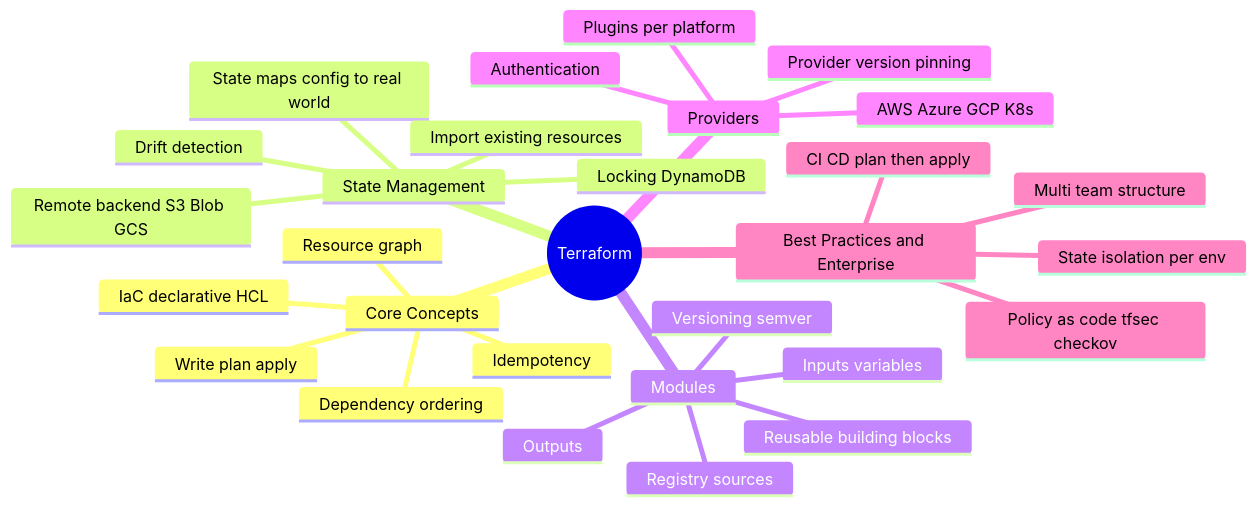
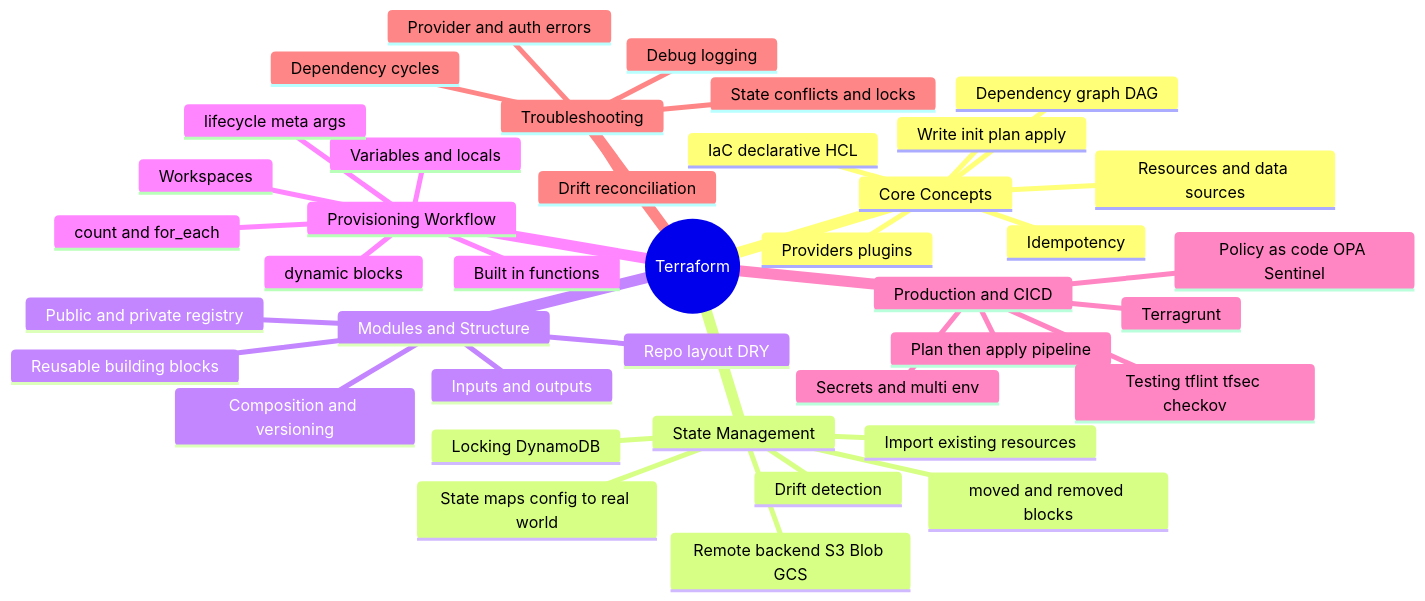
The diagram in terraform/README.md (rakesh-budde/devops-guide), drawn with Mermaid before and after one commit. The commit also changed other lines of this file and 127 other files, not shown here.

````diff
--- a/terraform/README.md
+++ b/terraform/README.md
@@ -23,32 +14,43 @@
 ```mermaid
 mindmap
   root((Terraform))
     Core Concepts
       IaC declarative HCL
-      Write plan apply
-      Resource graph
-      Dependency ordering
+      Providers plugins
+      Resources and data sources
+      Write init plan apply
+      Dependency graph DAG
       Idempotency
     State Management
       State maps config to real world
       Remote backend S3 Blob GCS
       Locking DynamoDB
       Drift detection
       Import existing resources
-    Modules
+      moved and removed blocks
+    Modules and Structure
       Reusable building blocks
-      Inputs variables
-      Outputs
-      Versioning semver
-      Registry sources
-    Providers
-      Plugins per platform
-      AWS Azure GCP K8s
-      Provider version pinning
-      Authentication
-    Best Practices and Enterprise
-      State isolation per env
-      CI CD plan then apply
-      Policy as code tfsec checkov
-      Multi team structure
+      Inputs and outputs
+      Composition and versioning
+      Public and private registry
+      Repo layout DRY
+    Provisioning Workflow
+      Variables and locals
+      Built in functions
+      count and for_each
+      dynamic blocks
+      lifecycle meta args
+      Workspaces
+    Production and CICD
+      Plan then apply pipeline
+      Terragrunt
+      Policy as code OPA Sentinel
+      Testing tflint tfsec checkov
+      Secrets and multi env
+    Troubleshooting
+      State conflicts and locks
+      Drift reconciliation
+      Dependency cycles
+      Provider and auth errors
+      Debug logging
 ```
````
